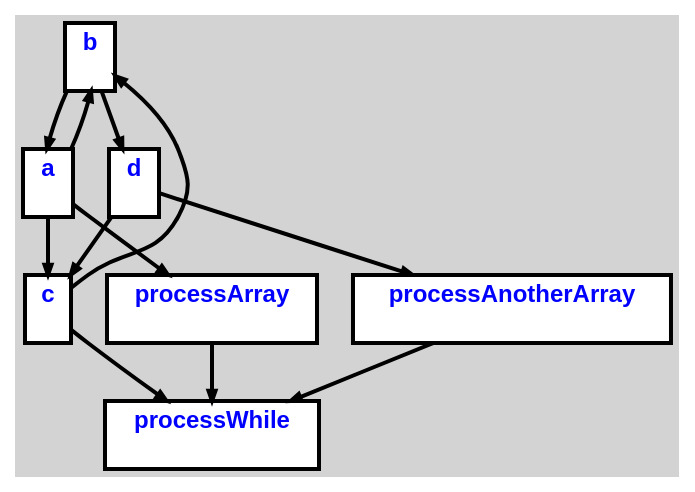
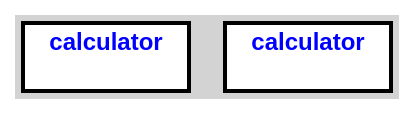
Before and after one commit to aveen007/CountingMonkeys: the diagram in cpoCompilerWin/CG.all.dot, drawn with Graphviz. The commit also changed 22 other files, not shown here.

```diff
--- a/cpoCompilerWin/CG.all.dot
+++ b/cpoCompilerWin/CG.all.dot
@@ -1,26 +1,10 @@
 digraph G {
 ordering=out;
 ranksep=.4;
 bgcolor="lightgrey";  node [shape=box, fixedsize=false, fontsize=12, fontname="Helvetica-bold", fontcolor="blue"
 width=.25, height=.25, color="black", fillcolor="white", style="filled, solid, bold"];
 
 edge [arrowsize=.5, color="black", style="bold"]
-    n000011A150D22120 [label="b\n "]
-    n000011A150D22120 -> n000011A150D24B80
-    n000011A150D22120 -> n000011A150D223C0
-    n000011A150D223C0 [label="d\n "]
-    n000011A150D223C0 -> n000011A150D25360
-    n000011A150D223C0 -> n000011A150D22B40
-    n000011A150D22B40 [label="processAnotherArray\n "]
-    n000011A150D22B40 -> n000011A150D25600
-    n000011A150D24B80 [label="a\n "]
-    n000011A150D24B80 -> n000011A150D22120
-    n000011A150D24B80 -> n000011A150D25360
-    n000011A150D24B80 -> n000011A150D25960
-    n000011A150D25360 [label="c\n "]
-    n000011A150D25360 -> n000011A150D22120
-    n000011A150D25360 -> n000011A150D25600
-    n000011A150D25600 [label="processWhile\n "]
-    n000011A150D25960 [label="processArray\n "]
-    n000011A150D25960 -> n000011A150D25600
+    n000011425AD210A0 [label="calculator\n "]
+    n000011425AD213A0 [label="calculator\n "]
 }
```
